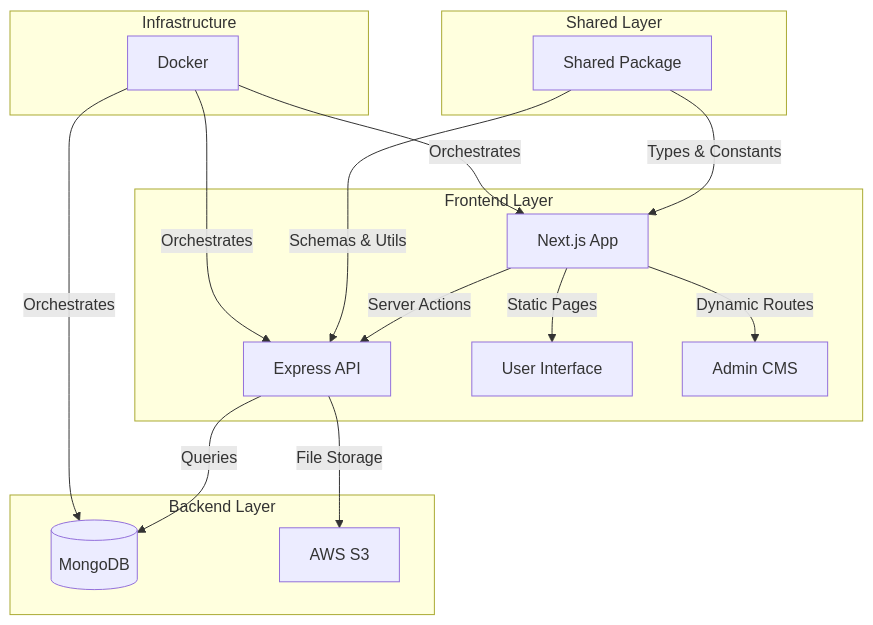
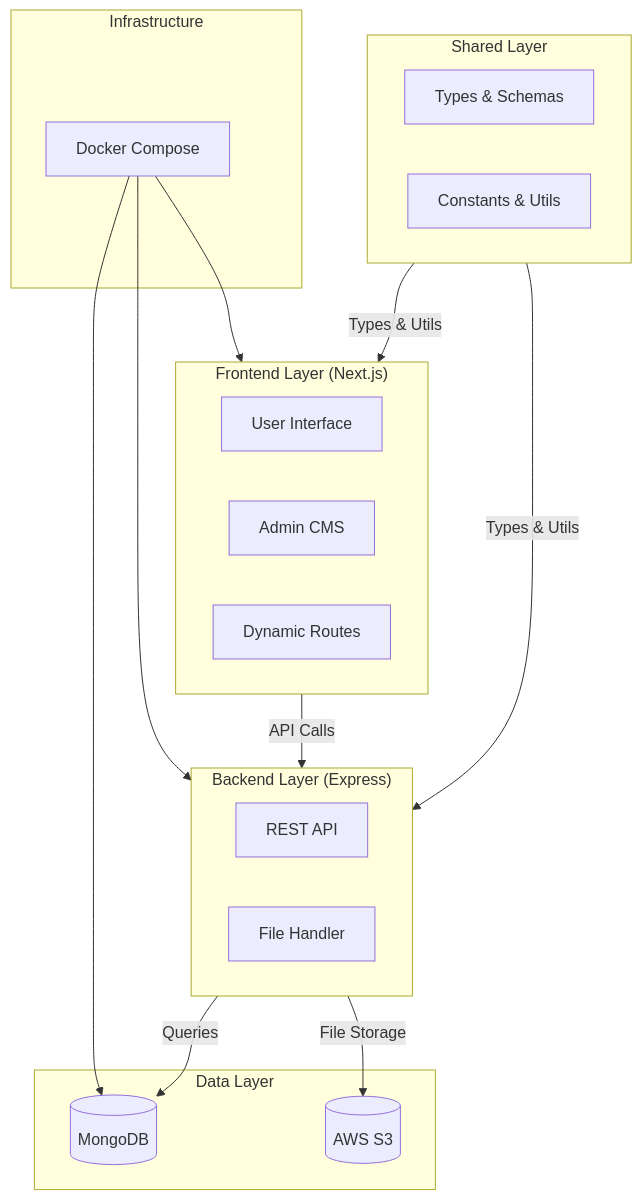
The diagram in README.md (El-Omar/portfolio-v3), drawn with Mermaid before and after one commit. The commit also changed other lines of this file, not shown here.

Commit message:
Updating root README

````diff
--- a/README.md
+++ b/README.md
@@ -7,24 +7,38 @@
 ```mermaid
-graph TD
-    subgraph "Frontend Layer"
-        N[Next.js App] --> |Server Actions| B
-        N --> |Static Pages| U[User Interface]
-        N --> |Dynamic Routes| CMS[Admin CMS]
-    end
-    
-    subgraph "Backend Layer"
-        B[Express API] --> |Queries| DB[(MongoDB)]
-        B --> |File Storage| S3[AWS S3]
+graph TB
+    subgraph Infrastructure
+        Docker[Docker Compose]
     end
 
-    subgraph "Shared Layer"
-        SH[Shared Package] --> |Types & Constants| N
-        SH --> |Schemas & Utils| B
+    subgraph Frontend["Frontend Layer (Next.js)"]
+        UI[User Interface]
+        CMS[Admin CMS]
+        Router[Dynamic Routes]
     end
 
-    subgraph "Infrastructure"
-        D[Docker] --> |Orchestrates| N
-        D --> |Orchestrates| B
-        D --> |Orchestrates| DB
+    subgraph Backend["Backend Layer (Express)"]
+        API[REST API]
+        Storage[File Handler]
     end
+
+    subgraph Data["Data Layer"]
+        MongoDB[(MongoDB)]
+        S3[(AWS S3)]
+    end
+
+    subgraph Shared["Shared Layer"]
+        Types[Types & Schemas]
+        Utils[Constants & Utils]
+    end
+
+    Docker --> Frontend
+    Docker --> Backend
+    Docker --> MongoDB
+
+    Frontend --> |API Calls| Backend
+    Backend --> |Queries| MongoDB
+    Backend --> |File Storage| S3
+    
+    Shared --> |Types & Utils| Frontend
+    Shared --> |Types & Utils| Backend
 ```
````
